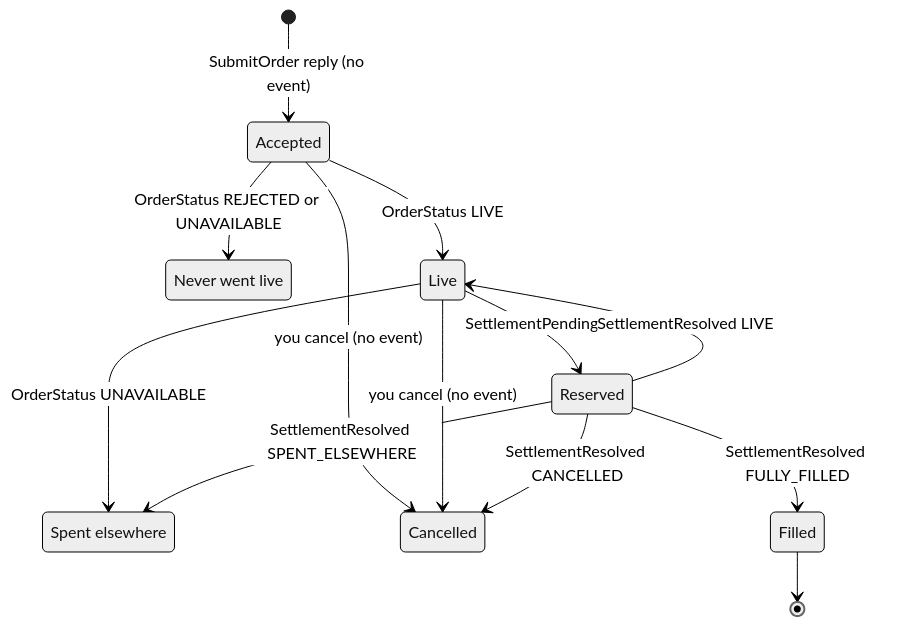
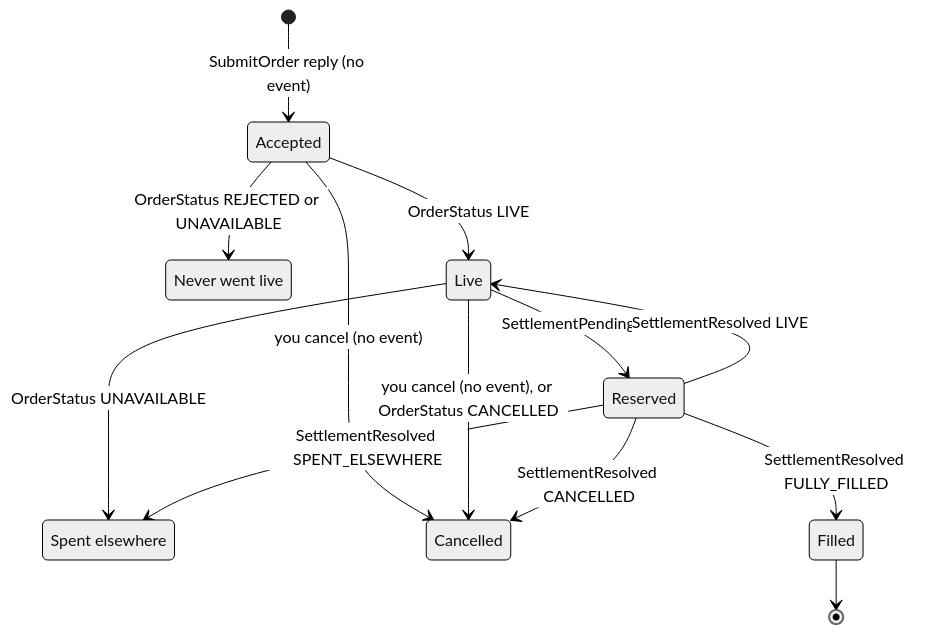
The third of 12 diagrams in docs/market-maker-guide.md (inicio-labs/solver), drawn with Mermaid (neutral theme) before and after one commit. The commit also changed other lines of this file and 20 other files, not shown here.

````diff
--- a/docs/market-maker-guide.md
+++ b/docs/market-maker-guide.md
@@ -587,17 +588,17 @@
 ```mermaid
 stateDiagram-v2
     state "Never went live" as NeverLive
     state "Spent elsewhere" as SpentElsewhere
     [*] --> Accepted: SubmitOrder reply (no event)
     Accepted --> Live: OrderStatus LIVE
     Accepted --> NeverLive: OrderStatus REJECTED or UNAVAILABLE
     Accepted --> Cancelled: you cancel (no event)
     Live --> Reserved: SettlementPending
     Live --> SpentElsewhere: OrderStatus UNAVAILABLE
-    Live --> Cancelled: you cancel (no event)
+    Live --> Cancelled: you cancel (no event), or OrderStatus CANCELLED
     Reserved --> Filled: SettlementResolved FULLY_FILLED
     Reserved --> Live: SettlementResolved LIVE
     Reserved --> Cancelled: SettlementResolved CANCELLED
     Reserved --> SpentElsewhere: SettlementResolved SPENT_ELSEWHERE
     Filled --> [*]
 ```
````
